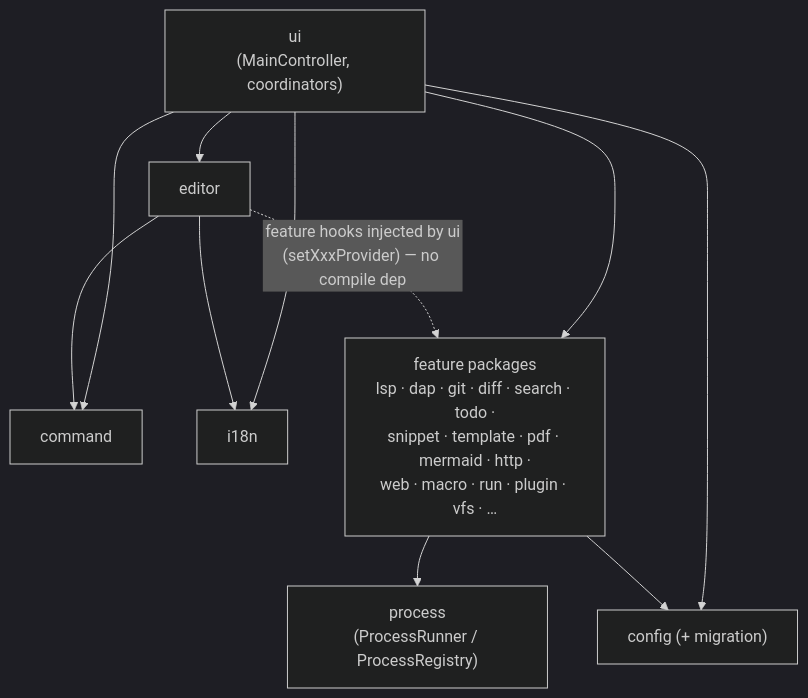
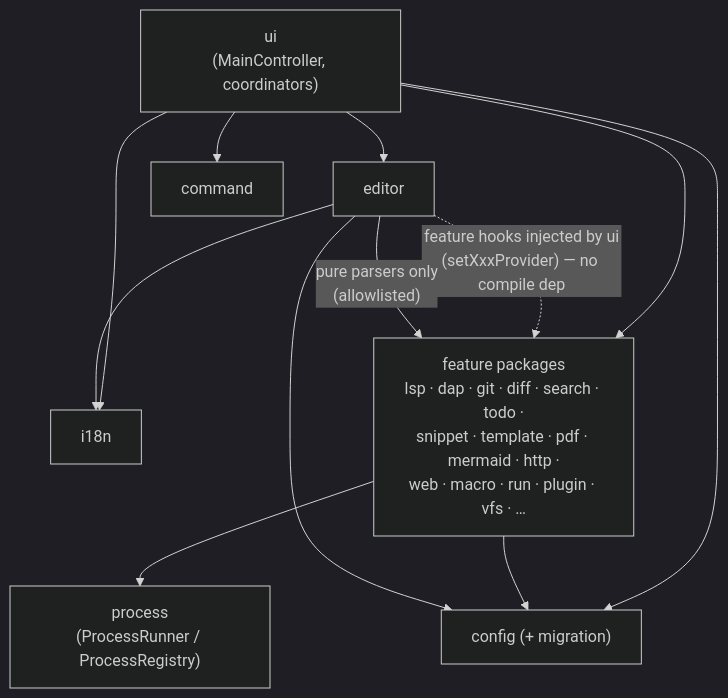
The fourth of 4 diagrams in docs/architecture.md (adriandeleon/Editora), drawn with Mermaid (dark theme) before and after one commit. The commit also changed other lines of this file and 48 other files, not shown here.

````diff
--- a/docs/architecture.md
+++ b/docs/architecture.md
@@ -169,21 +187,22 @@
 ```mermaid
 flowchart TD
     ui["ui<br/>(MainController, coordinators)"]
     editor["editor"]
     command["command"]
     config["config (+ migration)"]
     i18n["i18n"]
     features["feature packages<br/>lsp · dap · git · diff · search · todo ·<br/>snippet · template · pdf · mermaid · http ·<br/>web · macro · run · plugin · vfs · …"]
     process["process<br/>(ProcessRunner / ProcessRegistry)"]
 
     ui --> editor
     ui --> command
     ui --> config
     ui --> features
     ui --> i18n
     features --> process
     features --> config
     editor -. "feature hooks injected by ui<br/>(setXxxProvider) — no compile dep" .-> features
-    editor --> command
+    editor -->|"pure parsers only<br/>(allowlisted)"| features
+    editor --> config
     editor --> i18n
 ```
````
